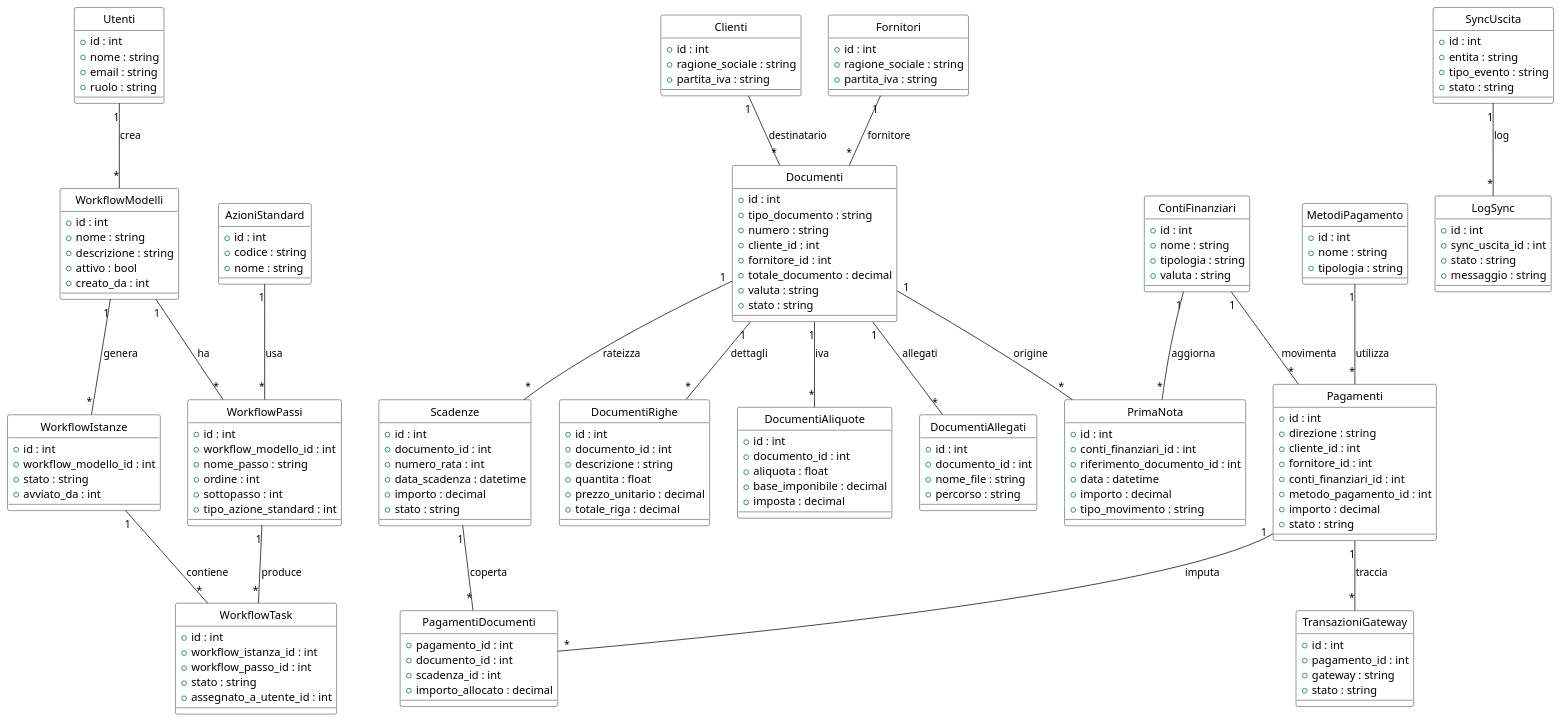
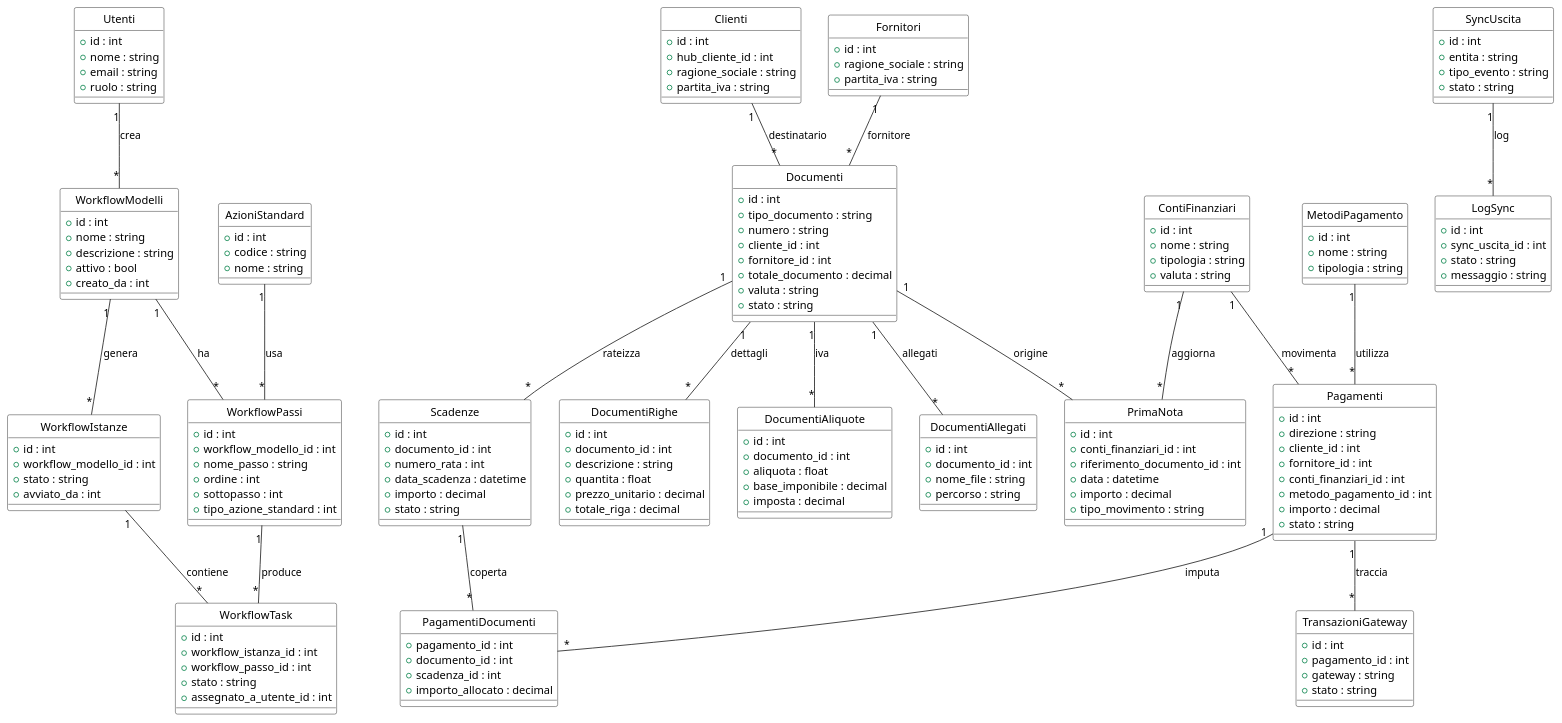
Before and after one commit to luigimapu/LpWf: the diagram in docs/diagrammi/uml-tenant-gestionale.puml, drawn with PlantUML. The commit also changed 19 other files, not shown here.

Commit message:
feat(hub+tenants+clienti): centralizza clienti su Hub con dedup (hard/soft), link hub_cliente_id; nuovi endpoint /api/hub_tenants (solo Admin) e sezione UI Tenants; badge Hub in lista clienti; docs e diagrammi aggiornati

```diff
--- a/docs/diagrammi/uml-tenant-gestionale.puml
+++ b/docs/diagrammi/uml-tenant-gestionale.puml
@@ -1,191 +1,192 @@
 @startuml "ER Tenant Gestionale"
 hide circle
 skinparam class {
     BackgroundColor White
     BorderColor Black
 }
 
 class Utenti {
   +id : int
   +nome : string
   +email : string
   +ruolo : string
 }
 
 class WorkflowModelli {
   +id : int
   +nome : string
   +descrizione : string
   +attivo : bool
   +creato_da : int
 }
 
 class WorkflowPassi {
   +id : int
   +workflow_modello_id : int
   +nome_passo : string
   +ordine : int
   +sottopasso : int
   +tipo_azione_standard : int
 }
 
 class WorkflowIstanze {
   +id : int
   +workflow_modello_id : int
   +stato : string
   +avviato_da : int
 }
 
 class WorkflowTask {
   +id : int
   +workflow_istanza_id : int
   +workflow_passo_id : int
   +stato : string
   +assegnato_a_utente_id : int
 }
 
 class AzioniStandard {
   +id : int
   +codice : string
   +nome : string
 }
 
 class Clienti {
   +id : int
+  +hub_cliente_id : int
   +ragione_sociale : string
   +partita_iva : string
 }
 
 class Fornitori {
   +id : int
   +ragione_sociale : string
   +partita_iva : string
 }
 
 class Documenti {
   +id : int
   +tipo_documento : string
   +numero : string
   +cliente_id : int
   +fornitore_id : int
   +totale_documento : decimal
   +valuta : string
   +stato : string
 }
 
 class DocumentiRighe {
   +id : int
   +documento_id : int
   +descrizione : string
   +quantita : float
   +prezzo_unitario : decimal
   +totale_riga : decimal
 }
 
 class DocumentiAliquote {
   +id : int
   +documento_id : int
   +aliquota : float
   +base_imponibile : decimal
   +imposta : decimal
 }
 
 class DocumentiAllegati {
   +id : int
   +documento_id : int
   +nome_file : string
   +percorso : string
 }
 
 class Scadenze {
   +id : int
   +documento_id : int
   +numero_rata : int
   +data_scadenza : datetime
   +importo : decimal
   +stato : string
 }
 
 class Pagamenti {
   +id : int
   +direzione : string
   +cliente_id : int
   +fornitore_id : int
   +conti_finanziari_id : int
   +metodo_pagamento_id : int
   +importo : decimal
   +stato : string
 }
 
 class PagamentiDocumenti {
   +pagamento_id : int
   +documento_id : int
   +scadenza_id : int
   +importo_allocato : decimal
 }
 
 class MetodiPagamento {
   +id : int
   +nome : string
   +tipologia : string
 }
 
 class ContiFinanziari {
   +id : int
   +nome : string
   +tipologia : string
   +valuta : string
 }
 
 class TransazioniGateway {
   +id : int
   +pagamento_id : int
   +gateway : string
   +stato : string
 }
 
 class PrimaNota {
   +id : int
   +conti_finanziari_id : int
   +riferimento_documento_id : int
   +data : datetime
   +importo : decimal
   +tipo_movimento : string
 }
 
 class SyncUscita {
   +id : int
   +entita : string
   +tipo_evento : string
   +stato : string
 }
 
 class LogSync {
   +id : int
   +sync_uscita_id : int
   +stato : string
   +messaggio : string
 }
 
 Utenti "1" -- "*" WorkflowModelli : crea
 WorkflowModelli "1" -- "*" WorkflowPassi : ha
 WorkflowModelli "1" -- "*" WorkflowIstanze : genera
 WorkflowPassi "1" -- "*" WorkflowTask : produce
 WorkflowIstanze "1" -- "*" WorkflowTask : contiene
 AzioniStandard "1" -- "*" WorkflowPassi : usa
 Clienti "1" -- "*" Documenti : destinatario
 Fornitori "1" -- "*" Documenti : fornitore
 Documenti "1" -- "*" DocumentiRighe : dettagli
 Documenti "1" -- "*" DocumentiAliquote : iva
 Documenti "1" -- "*" DocumentiAllegati : allegati
 Documenti "1" -- "*" Scadenze : rateizza
 Scadenze "1" -- "*" PagamentiDocumenti : coperta
 Pagamenti "1" -- "*" PagamentiDocumenti : imputa
 MetodiPagamento "1" -- "*" Pagamenti : utilizza
 ContiFinanziari "1" -- "*" Pagamenti : movimenta
 Pagamenti "1" -- "*" TransazioniGateway : traccia
 ContiFinanziari "1" -- "*" PrimaNota : aggiorna
 Documenti "1" -- "*" PrimaNota : origine
 SyncUscita "1" -- "*" LogSync : log
 
 @enduml
```
